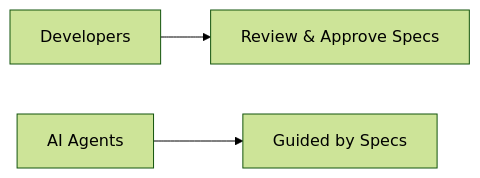
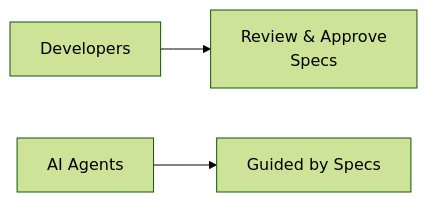
One commit to mtov/AgileSpec changed the third of 10 diagrams in README.md. Above: the diagram before and after it, drawn with Mermaid (forest theme). The commit also changed other lines of this file, not shown here.

````diff
--- a/README.md
+++ b/README.md
@@ -92,5 +92,5 @@
 ```mermaid
 flowchart LR
-    H["Developers"] --> R["Review & Approve Specs"]
+    H["Developers"] --> R["Review & Approve<br/>Specs"]
     A["AI Agents"] --> C["Guided by Specs"]
 ```
````
